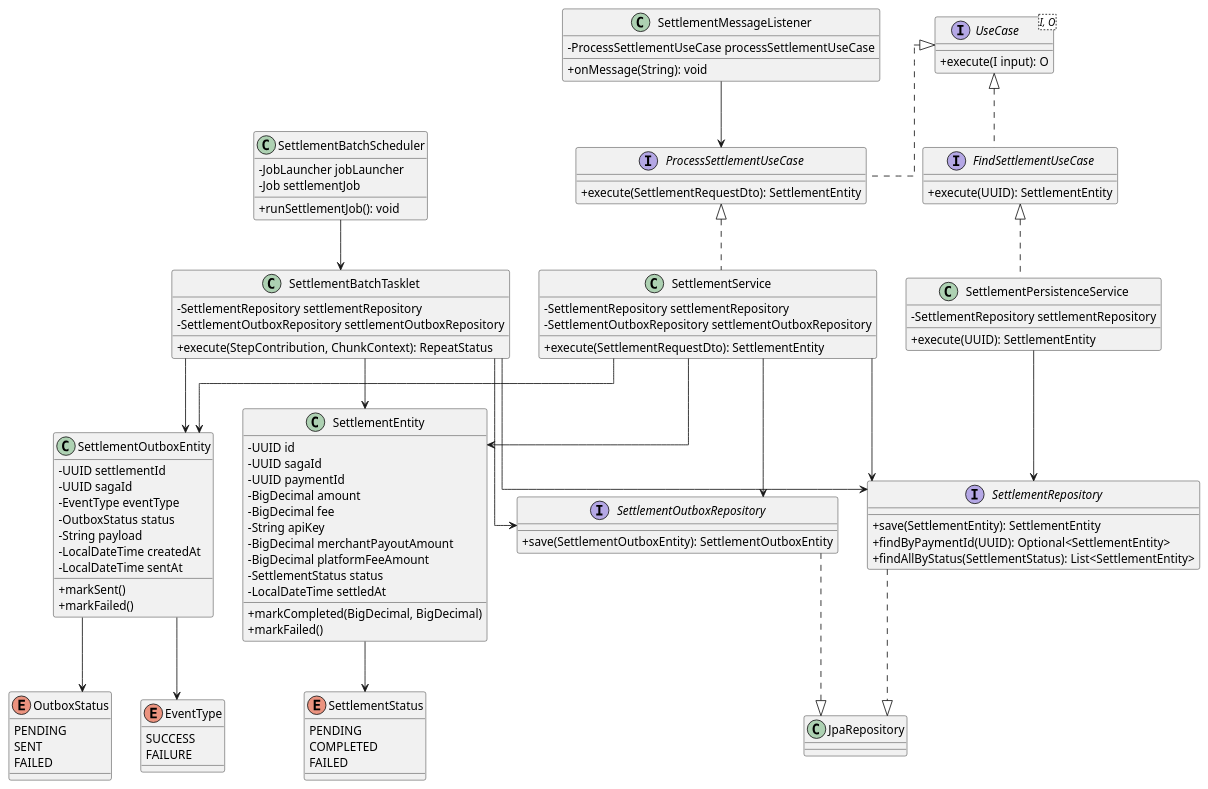
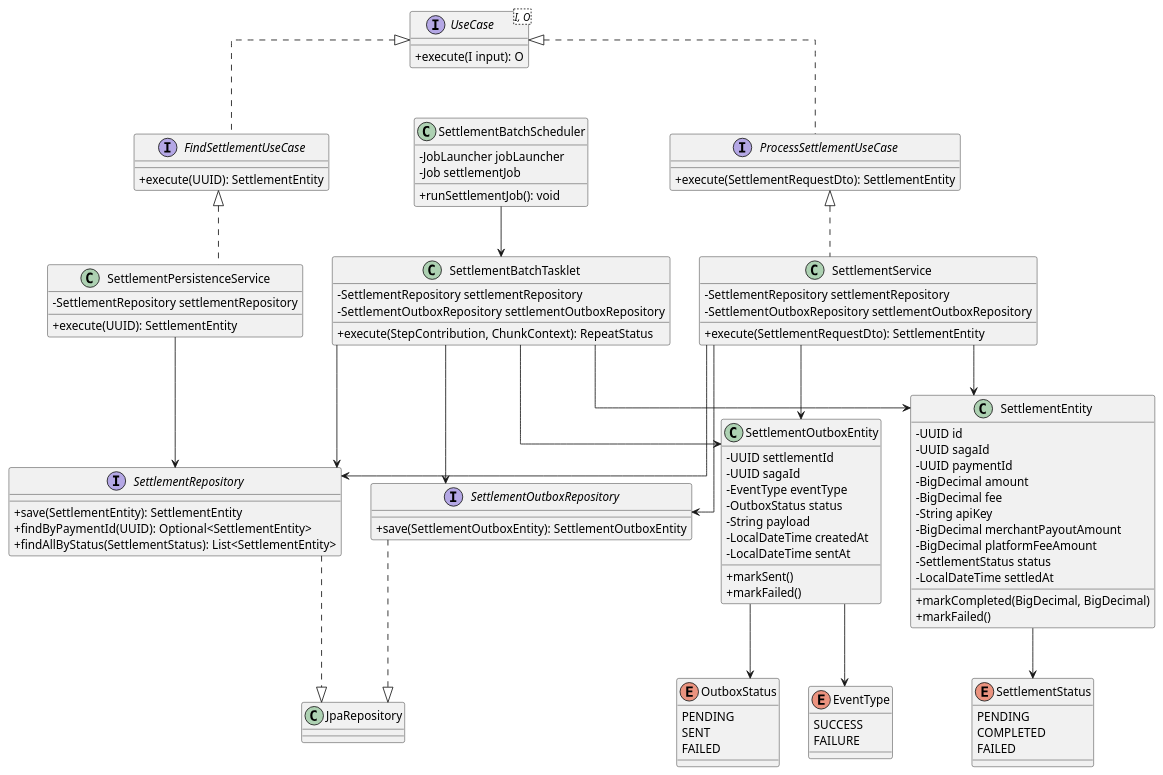
Before and after one commit to Paycore-Team/Paycore: the diagram in settlement-service/src/main/java/paycore/paycore/ClassDiagrm.puml, drawn with PlantUML.

Commit message:
[FEAT] 정산 다이어그램 수정(필요없는 부분 삭제)

```diff
--- a/settlement-service/src/main/java/paycore/paycore/ClassDiagrm.puml
+++ b/settlement-service/src/main/java/paycore/paycore/ClassDiagrm.puml
@@ -1,147 +1,139 @@
 @startuml
 skinparam classAttributeIconSize 0
 skinparam linetype ortho
 
 
 ' Domain Enums
 enum SettlementStatus {
     PENDING
     COMPLETED
     FAILED
 }
 
 enum EventType {
     SUCCESS
     FAILURE
 }
 
 enum OutboxStatus {
     PENDING
     SENT
     FAILED
 }
 
 ' Common Interface
 interface UseCase<I, O> {
     +execute(I input): O
 }
 
 
 
 ' Entities
 class SettlementEntity {
     -UUID id
     -UUID sagaId
     -UUID paymentId
     -BigDecimal amount
     -BigDecimal fee
     -String apiKey
     -BigDecimal merchantPayoutAmount
     -BigDecimal platformFeeAmount
     -SettlementStatus status
     -LocalDateTime settledAt
     +markCompleted(BigDecimal, BigDecimal)
     +markFailed()
 }
 
 class SettlementOutboxEntity {
     -UUID settlementId
     -UUID sagaId
     -EventType eventType
     -OutboxStatus status
     -String payload
     -LocalDateTime createdAt
     -LocalDateTime sentAt
     +markSent()
     +markFailed()
 }
 
 ' Repositories
 interface SettlementRepository {
     +save(SettlementEntity): SettlementEntity
     +findByPaymentId(UUID): Optional<SettlementEntity>
     +findAllByStatus(SettlementStatus): List<SettlementEntity>
 }
 
 interface SettlementOutboxRepository {
     +save(SettlementOutboxEntity): SettlementOutboxEntity
 }
 
 ' Use Cases
 interface ProcessSettlementUseCase {
     +execute(SettlementRequestDto): SettlementEntity
 }
 
 interface FindSettlementUseCase {
     +execute(UUID): SettlementEntity
 }
 
 ' Services
 class SettlementService {
     -SettlementRepository settlementRepository
     -SettlementOutboxRepository settlementOutboxRepository
     +execute(SettlementRequestDto): SettlementEntity
 }
 
 class SettlementPersistenceService {
     -SettlementRepository settlementRepository
     +execute(UUID): SettlementEntity
 }
 
 class SettlementBatchTasklet {
     -SettlementRepository settlementRepository
     -SettlementOutboxRepository settlementOutboxRepository
     +execute(StepContribution, ChunkContext): RepeatStatus
 }
 
-' Message Listener
-class SettlementMessageListener {
-    -ProcessSettlementUseCase processSettlementUseCase
-    +onMessage(String): void
-}
-
-' Scheduler & Config
+' Scheduler
 class SettlementBatchScheduler {
     -JobLauncher jobLauncher
     -Job settlementJob
     +runSettlementJob(): void
 }
 
 
 ' Relationships - Inheritance
 UseCase <|.. ProcessSettlementUseCase
 UseCase <|.. FindSettlementUseCase
 
 ' Relationships - Implementation
 ProcessSettlementUseCase <|.. SettlementService
 FindSettlementUseCase <|.. SettlementPersistenceService
 
 ' Relationships - Service Dependencies
 SettlementService --> SettlementRepository
 SettlementService --> SettlementOutboxRepository
 SettlementService --> SettlementEntity
 SettlementService --> SettlementOutboxEntity
 
 SettlementPersistenceService --> SettlementRepository
 
 SettlementBatchTasklet --> SettlementRepository
 SettlementBatchTasklet --> SettlementOutboxRepository
 SettlementBatchTasklet --> SettlementEntity
 SettlementBatchTasklet --> SettlementOutboxEntity
 
-' Relationships - Listener Dependencies
-SettlementMessageListener --> ProcessSettlementUseCase
-
 ' Relationships - Batch Dependencies
+' Note: SettlementBatchScheduler periodically executes SettlementBatchTasklet via Spring Batch Job
 SettlementBatchScheduler --> SettlementBatchTasklet
 
 ' Relationships - Entity to Enum
 SettlementEntity --> SettlementStatus
 SettlementOutboxEntity --> EventType
 SettlementOutboxEntity --> OutboxStatus
 
 ' Relationships - Repository to JPA
 SettlementRepository ..|> JpaRepository
 SettlementOutboxRepository ..|> JpaRepository
 
 @enduml
```
